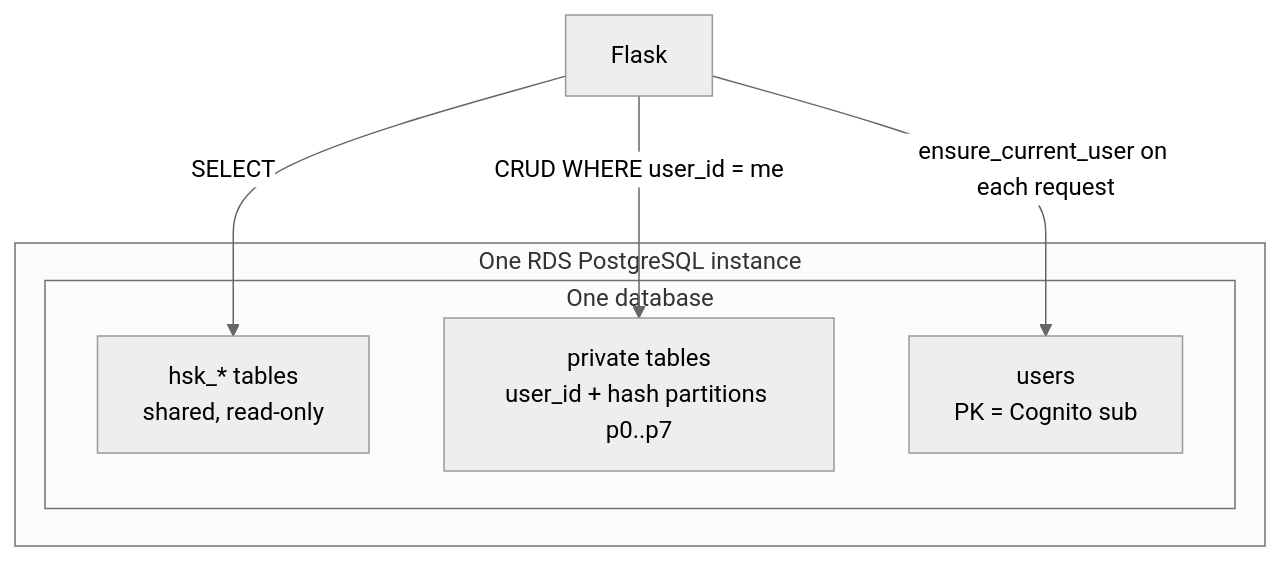
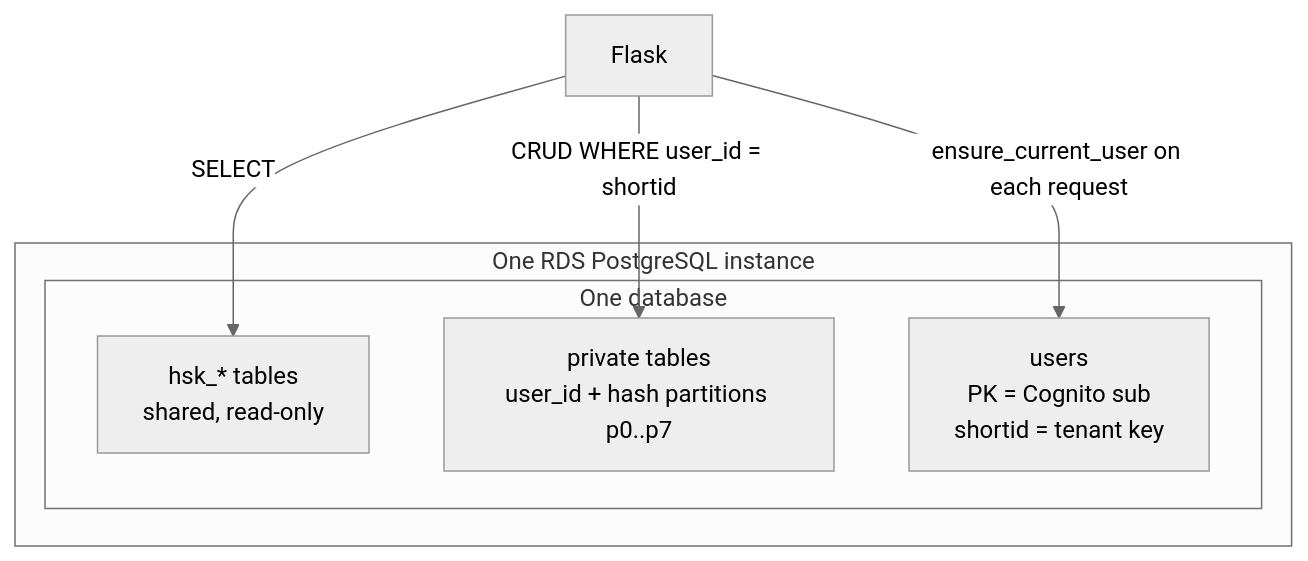
One commit to mazarsju/teacher-wang-app changed the diagram in docs/adr/data-isolation.md. Above: the diagram before and after it, drawn with Mermaid (neutral theme). The commit also changed other lines of this file and 27 other files, not shown here.

Commit message:
Change the way partitions are done for tables: use the shortid of users instead of the actual id

````diff
--- a/docs/adr/data-isolation.md
+++ b/docs/adr/data-isolation.md
@@ -62,14 +62,14 @@
 ```mermaid
 flowchart TB
   subgraph RDS["One RDS PostgreSQL instance"]
     subgraph DB["One database"]
       Shared["hsk_* tables<br/>shared, read-only"]
       Private["private tables<br/>user_id + hash partitions p0..p7"]
-      Users["users<br/>PK = Cognito sub"]
+      Users["users<br/>PK = Cognito sub<br/>shortid = tenant key"]
     end
   end
 
   App[Flask] -->|SELECT| Shared
-  App -->|CRUD WHERE user_id = me| Private
+  App -->|CRUD WHERE user_id = shortid| Private
   App -->|ensure_current_user on each request| Users
 ```
````
